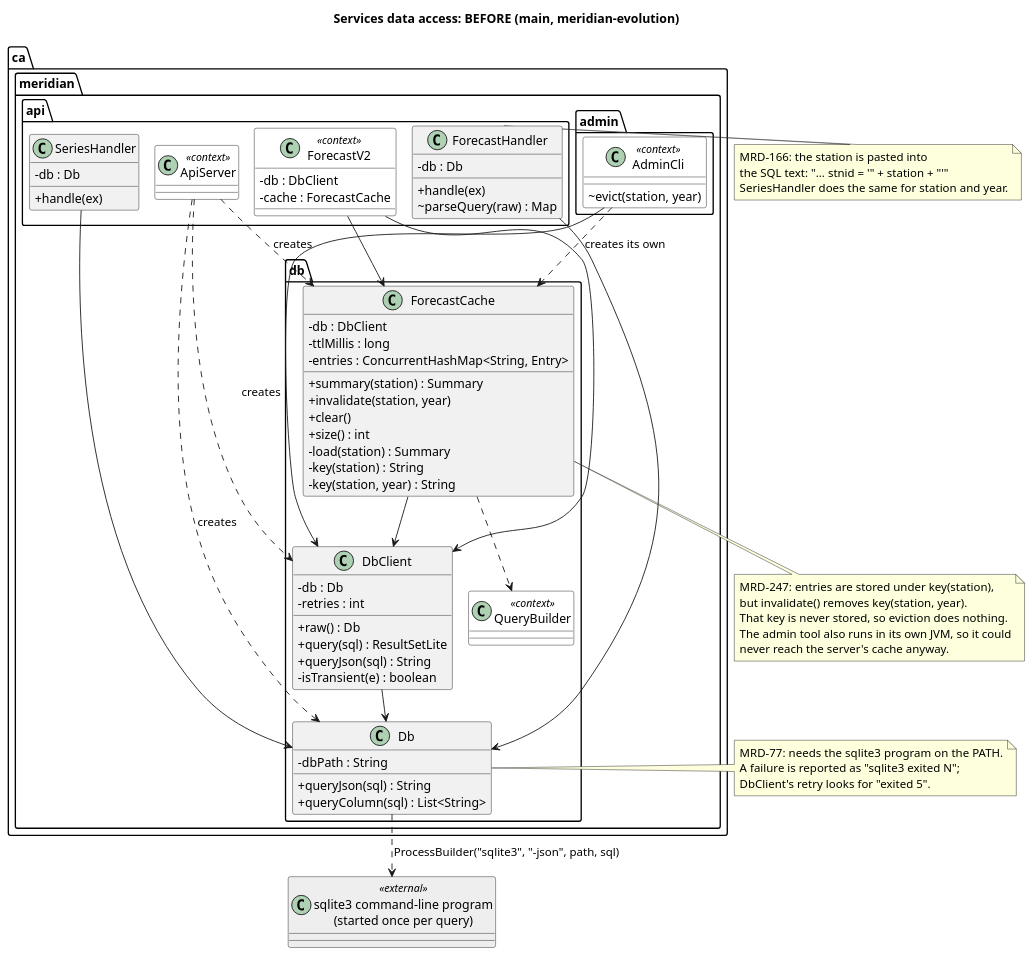
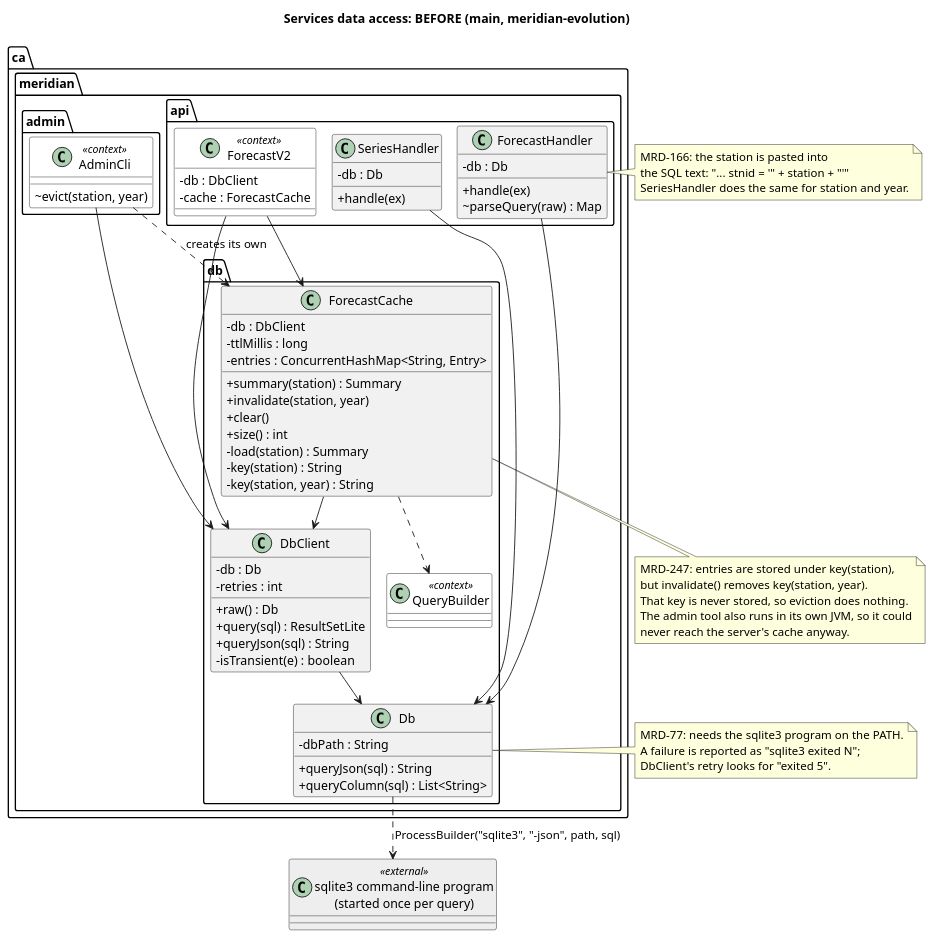
One commit to johnakinyemi-teaching/meridian-release changed the diagram in services/docs/models/services-classes-before.puml. Above: the diagram before and after it, drawn with PlantUML. The commit also changed 3 other files, not shown here.

Commit message:
services docs: simplify class diagrams (drop ApiServer wiring, fewer crossing arrows)

```diff
--- a/services/docs/models/services-classes-before.puml
+++ b/services/docs/models/services-classes-before.puml
@@ -1,102 +1,98 @@
 @startuml services-classes-before
 ' Services / API data-access classes as they are on main (the meridian-evolution
 ' snapshot), before Relay's A4 tickets MRD-166, MRD-247 and MRD-77 (Java half).
 ' Reverse-engineered from services/src/ca/meridian on origin/main.
 ' Only the classes those tickets touch, plus their direct neighbours.
 !pragma layout smetana
 title Services data access: BEFORE (main, meridian-evolution)
 skinparam classAttributeIconSize 0
 skinparam shadowing false
 skinparam class {
   BackgroundColor<<external>> #EEEEEE
   BackgroundColor<<context>> #FFFFFF
 }
 
 package "ca.meridian.api" {
-  class ApiServer <<context>>
   class ForecastHandler {
     -db : Db
     +handle(ex)
     ~parseQuery(raw) : Map
   }
   class SeriesHandler {
     -db : Db
     +handle(ex)
   }
   class ForecastV2 <<context>> {
     -db : DbClient
     -cache : ForecastCache
   }
 }
 
 package "ca.meridian.admin" {
   class AdminCli <<context>> {
     ~evict(station, year)
   }
 }
 
 package "ca.meridian.db" {
   class Db {
     -dbPath : String
     +queryJson(sql) : String
     +queryColumn(sql) : List<String>
   }
   class DbClient {
     -db : Db
     -retries : int
     +raw() : Db
     +query(sql) : ResultSetLite
     +queryJson(sql) : String
     -isTransient(e) : boolean
   }
   class ForecastCache {
     -db : DbClient
     -ttlMillis : long
     -entries : ConcurrentHashMap<String, Entry>
     +summary(station) : Summary
     +invalidate(station, year)
     +clear()
     +size() : int
     -load(station) : Summary
     -key(station) : String
     -key(station, year) : String
   }
   class QueryBuilder <<context>>
 }
 
 class "sqlite3 command-line program\n(started once per query)" as Sqlite3 <<external>>
 
-ApiServer ..> Db : creates
-ApiServer ..> DbClient : creates
-ApiServer ..> ForecastCache : creates
 ForecastHandler --> Db
 SeriesHandler --> Db
 ForecastV2 --> DbClient
 ForecastV2 --> ForecastCache
 AdminCli --> DbClient
 AdminCli ..> ForecastCache : creates its own
 DbClient --> Db
 ForecastCache --> DbClient
 ForecastCache ..> QueryBuilder
 Db ..> Sqlite3 : ProcessBuilder("sqlite3", "-json", path, sql)
 
 note right of ForecastHandler
   MRD-166: the station is pasted into
   the SQL text: "... stnid = '" + station + "'"
   SeriesHandler does the same for station and year.
 end note
 
 note bottom of ForecastCache
   MRD-247: entries are stored under key(station),
   but invalidate() removes key(station, year).
   That key is never stored, so eviction does nothing.
   The admin tool also runs in its own JVM, so it could
   never reach the server's cache anyway.
 end note
 
 note right of Db
   MRD-77: needs the sqlite3 program on the PATH.
   A failure is reported as "sqlite3 exited N";
   DbClient's retry looks for "exited 5".
 end note
 @enduml
```
